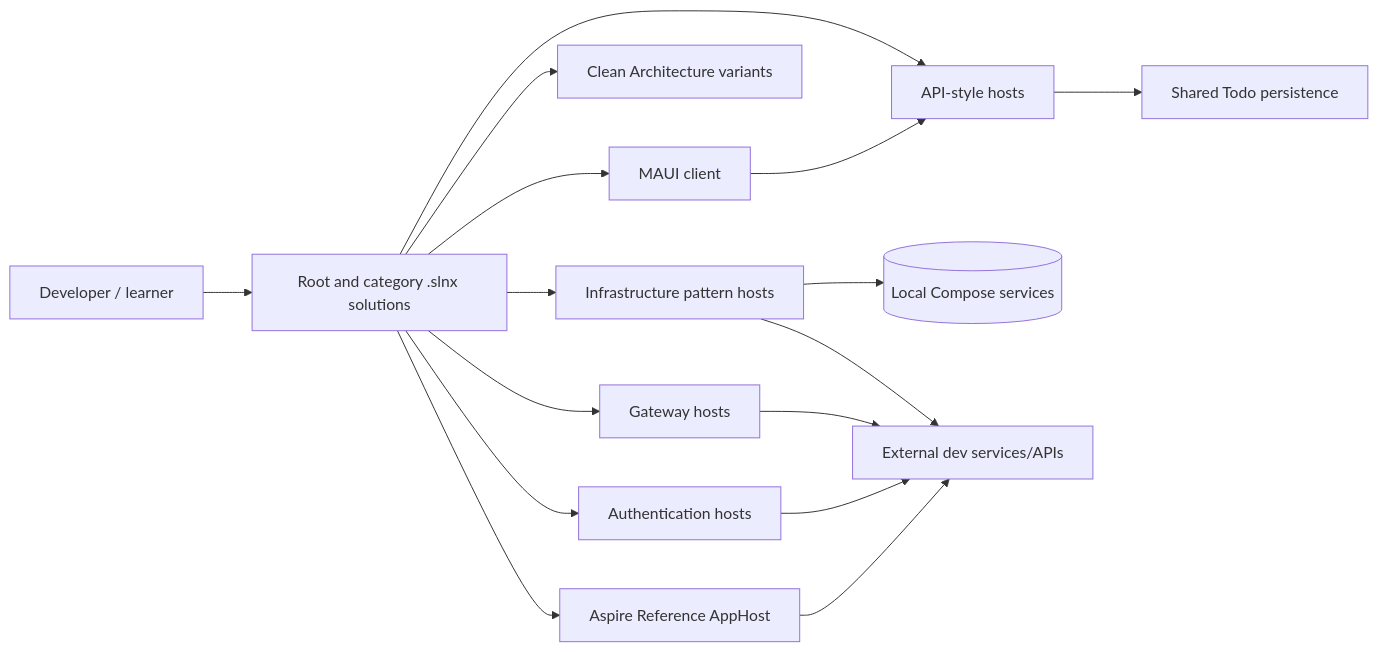
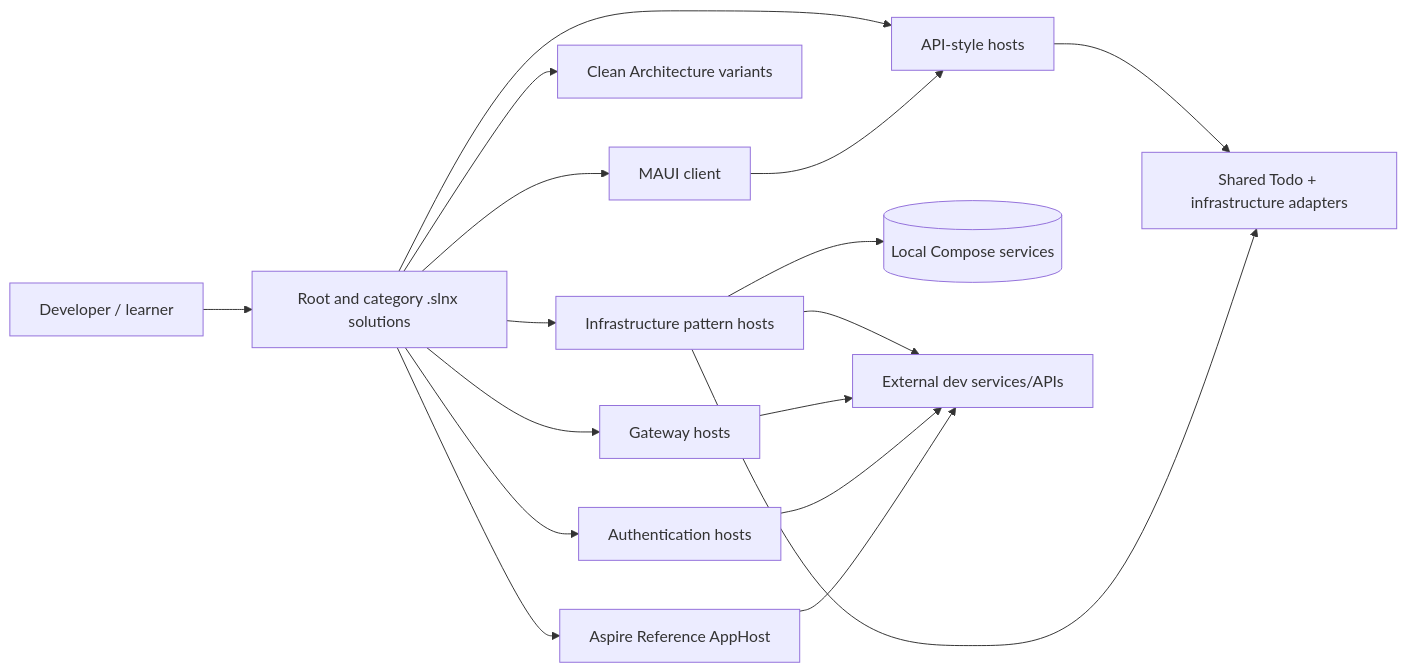
One commit to VishwamKumar/zenvera.dotnet-examples changed the diagram in docs/architecture/c4/level-2-container.md. Above: the diagram before and after it, drawn with Mermaid. The commit also changed other lines of this file and 104 other files, not shown here.

````diff
--- a/docs/architecture/c4/level-2-container.md
+++ b/docs/architecture/c4/level-2-container.md
@@ -5,31 +5,32 @@
 ```mermaid
 flowchart LR
   Learner[Developer / learner]
   Solution[Root and category .slnx solutions]
   Api[API-style hosts]
   Auth[Authentication hosts]
   Arch[Clean Architecture variants]
   Infra[Infrastructure pattern hosts]
   Gateway[Gateway hosts]
   UI[MAUI client]
   Reference[Aspire Reference AppHost]
-  Shared[Shared Todo persistence]
+  Shared[Shared Todo + infrastructure adapters]
   Local[(Local Compose services)]
   External[External dev services/APIs]
 
   Learner --> Solution
   Solution --> Api
   Solution --> Auth
   Solution --> Arch
   Solution --> Infra
   Solution --> Gateway
   Solution --> UI
   Solution --> Reference
   Api --> Shared
   UI --> Api
+  Infra --> Shared
   Infra --> Local
   Infra --> External
   Gateway --> External
   Auth --> External
   Reference --> External
 ```
````
